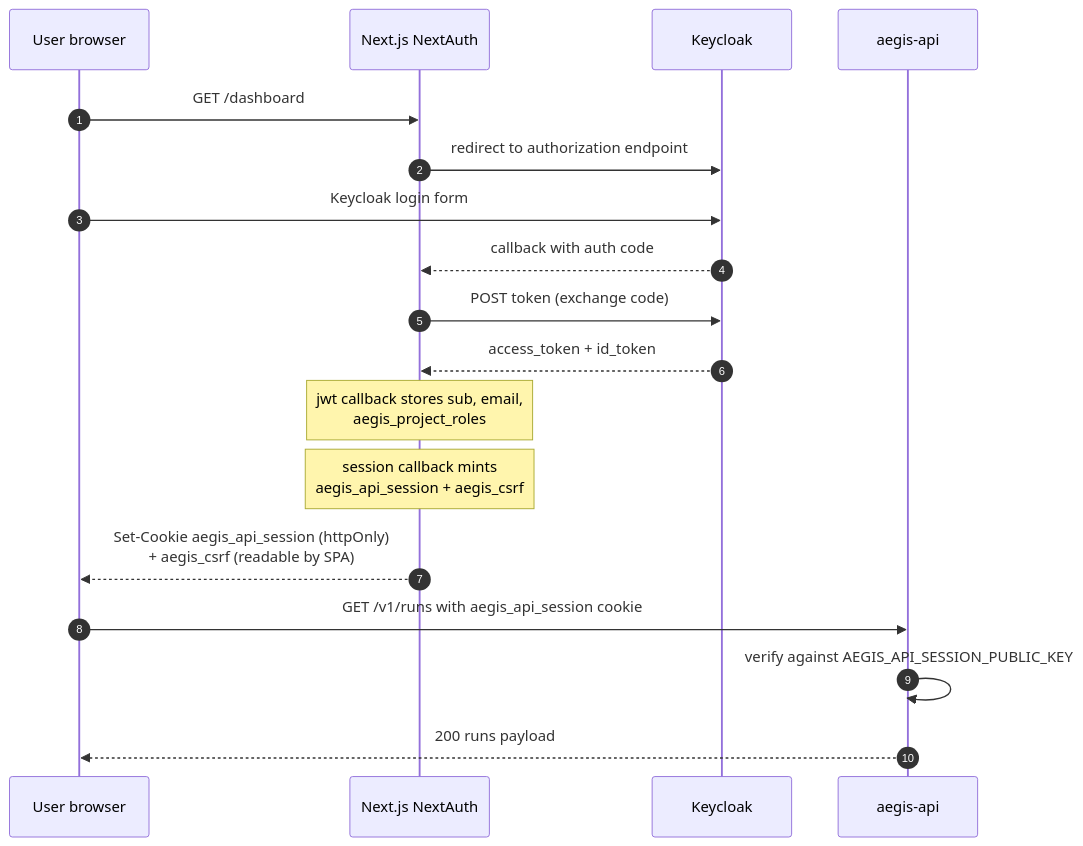
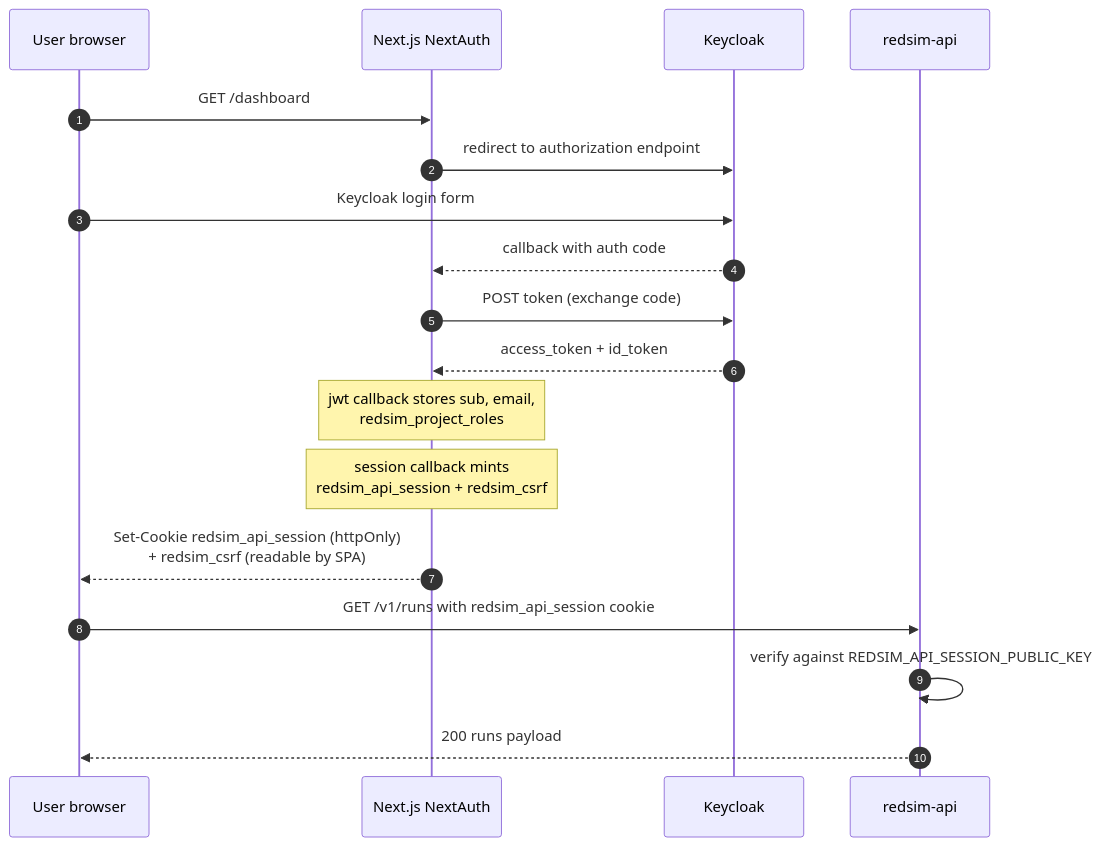
The first of 3 diagrams in docs/architecture/auth.md (IntelliBridge/ndia-red-team-simulator), drawn with Mermaid before and after one commit. The commit also changed other lines of this file and 27 other files, not shown here.

````diff
--- a/docs/architecture/auth.md
+++ b/docs/architecture/auth.md
@@ -35,22 +35,22 @@
 ```mermaid
 sequenceDiagram
     autonumber
     participant U as User browser
     participant N as Next.js NextAuth
     participant K as Keycloak
-    participant API as aegis-api
+    participant API as redsim-api
 
     U->>N: GET /dashboard
     N->>K: redirect to authorization endpoint
     U->>K: Keycloak login form
     K-->>N: callback with auth code
     N->>K: POST token (exchange code)
     K-->>N: access_token + id_token
-    Note over N: jwt callback stores sub, email,<br/>aegis_project_roles
-    Note over N: session callback mints<br/>aegis_api_session + aegis_csrf
-    N-->>U: Set-Cookie aegis_api_session (httpOnly)<br/>+ aegis_csrf (readable by SPA)
+    Note over N: jwt callback stores sub, email,<br/>redsim_project_roles
+    Note over N: session callback mints<br/>redsim_api_session + redsim_csrf
+    N-->>U: Set-Cookie redsim_api_session (httpOnly)<br/>+ redsim_csrf (readable by SPA)
 
-    U->>API: GET /v1/runs with aegis_api_session cookie
-    API->>API: verify against AEGIS_API_SESSION_PUBLIC_KEY
+    U->>API: GET /v1/runs with redsim_api_session cookie
+    API->>API: verify against REDSIM_API_SESSION_PUBLIC_KEY
     API-->>U: 200 runs payload
 ```
````
